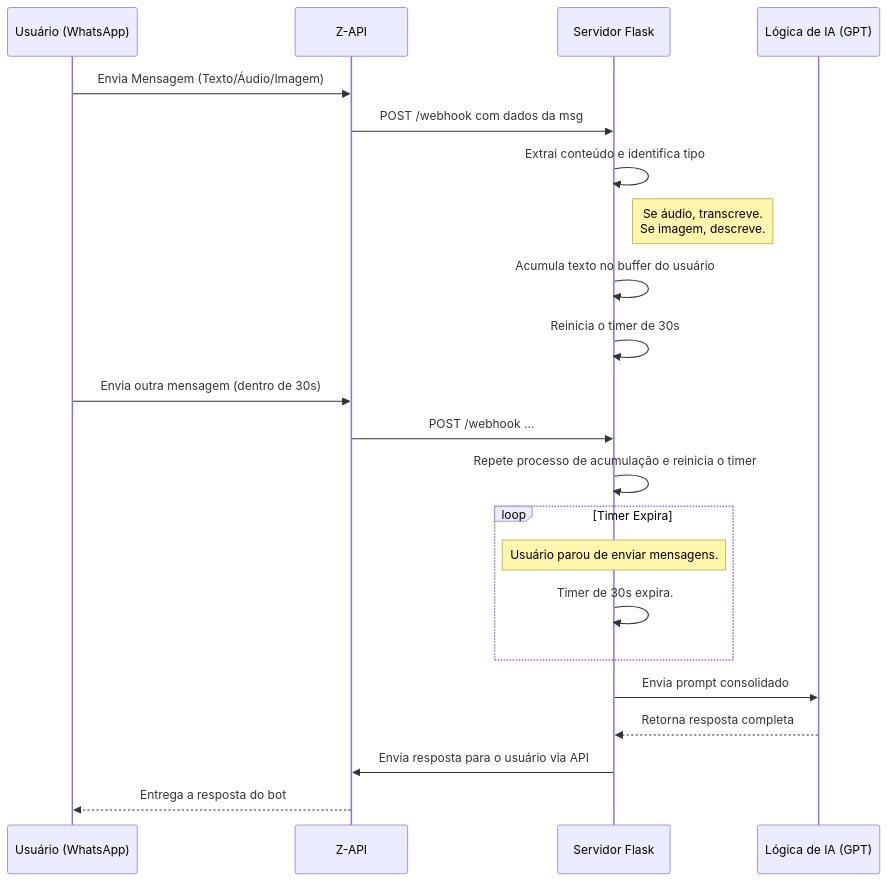
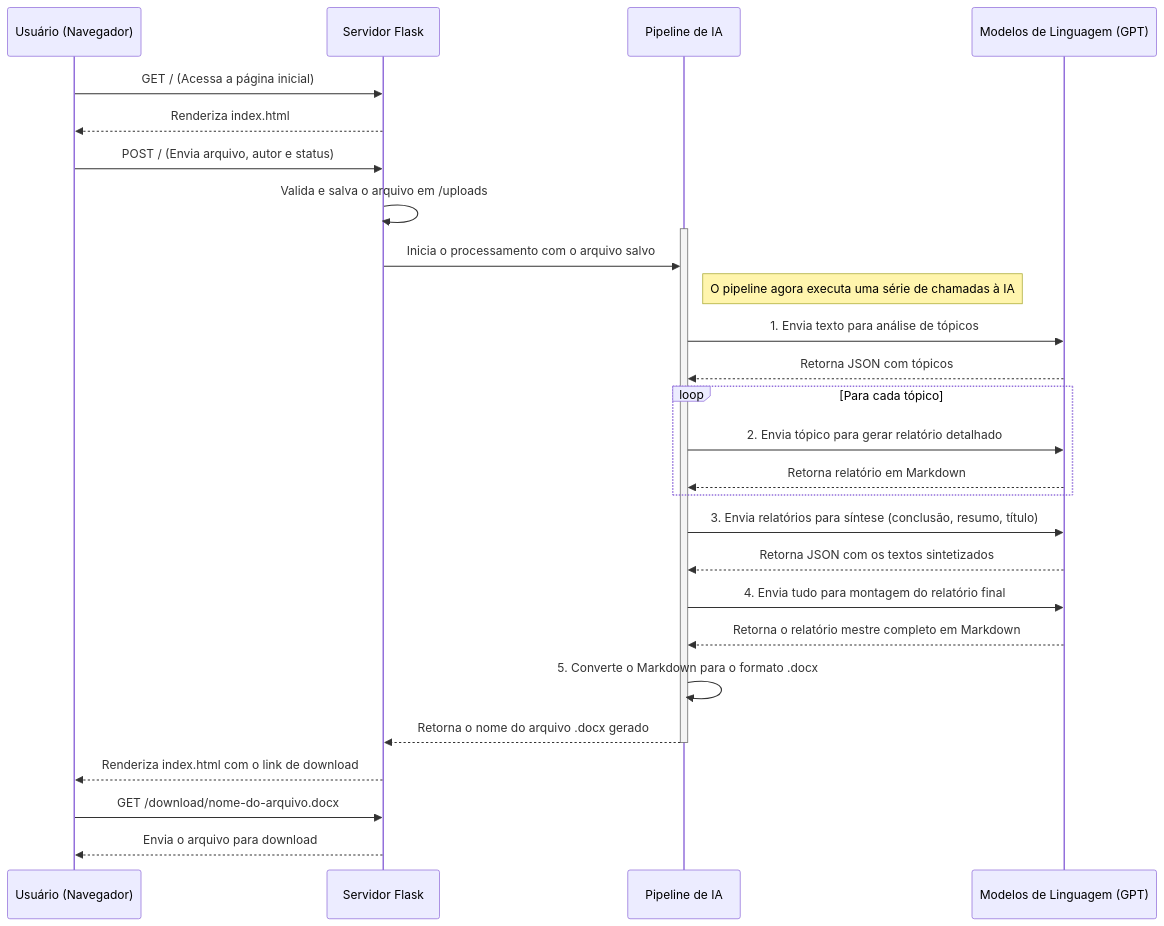
The diagram in README.md (Netinhoklz/LLM-report-generator), drawn with Mermaid before and after one commit.

````diff
--- a/README.md
+++ b/README.md
@@ -12,27 +12,42 @@
 ```mermaid
 sequenceDiagram
-    participant User as Usuário (WhatsApp)
-    participant ZApi as Z-API
-    participant Server as Servidor Flask
-    participant AI as Lógica de IA (GPT)
+    participant User as Usuário (Navegador)
+    participant Flask as Servidor Flask
+    participant Pipeline as Pipeline de IA
+    participant AI as Modelos de Linguagem (GPT)
 
-    User->>ZApi: Envia Mensagem (Texto/Áudio/Imagem)
-    ZApi->>Server: POST /webhook com dados da msg
-    Server->>Server: Extrai conteúdo e identifica tipo
-    Note right of Server: Se áudio, transcreve.<br/>Se imagem, descreve.
-    Server->>Server: Acumula texto no buffer do usuário
-    Server->>Server: Reinicia o timer de 30s
-    User->>ZApi: Envia outra mensagem (dentro de 30s)
-    ZApi->>Server: POST /webhook ...
-    Server->>Server: Repete processo de acumulação e reinicia o timer
+    User->>Flask: GET / (Acessa a página inicial)
+    Flask-->>User: Renderiza index.html
+
+    User->>Flask: POST / (Envia arquivo, autor e status)
+    Flask->>Flask: Valida e salva o arquivo em /uploads
     
-    loop Timer Expira
-        Note over Server: Usuário parou de enviar mensagens.
-        Server->>Server: Timer de 30s expira.
+    activate Pipeline
+    Flask->>Pipeline: Inicia o processamento com o arquivo salvo
+
+    Note right of Pipeline: O pipeline agora executa uma série de chamadas à IA
+    
+    Pipeline->>AI: 1. Envia texto para análise de tópicos
+    AI-->>Pipeline: Retorna JSON com tópicos
+    
+    loop Para cada tópico
+        Pipeline->>AI: 2. Envia tópico para gerar relatório detalhado
+        AI-->>Pipeline: Retorna relatório em Markdown
     end
     
-    Server->>AI: Envia prompt consolidado
-    AI-->>Server: Retorna resposta completa
-    Server->>ZApi: Envia resposta para o usuário via API
-    ZApi-->>User: Entrega a resposta do bot
+    Pipeline->>AI: 3. Envia relatórios para síntese (conclusão, resumo, título)
+    AI-->>Pipeline: Retorna JSON com os textos sintetizados
+
+    Pipeline->>AI: 4. Envia tudo para montagem do relatório final
+    AI-->>Pipeline: Retorna o relatório mestre completo em Markdown
+
+    Pipeline->>Pipeline: 5. Converte o Markdown para o formato .docx
+
+    Pipeline-->>Flask: Retorna o nome do arquivo .docx gerado
+    deactivate Pipeline
+    
+    Flask-->>User: Renderiza index.html com o link de download
+    
+    User->>Flask: GET /download/nome-do-arquivo.docx
+    Flask-->>User: Envia o arquivo para download
 ```
````
